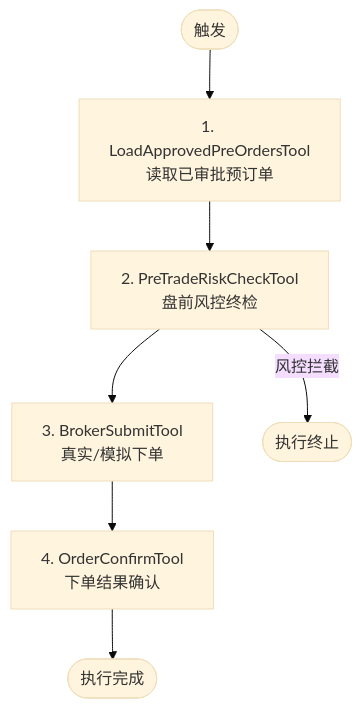
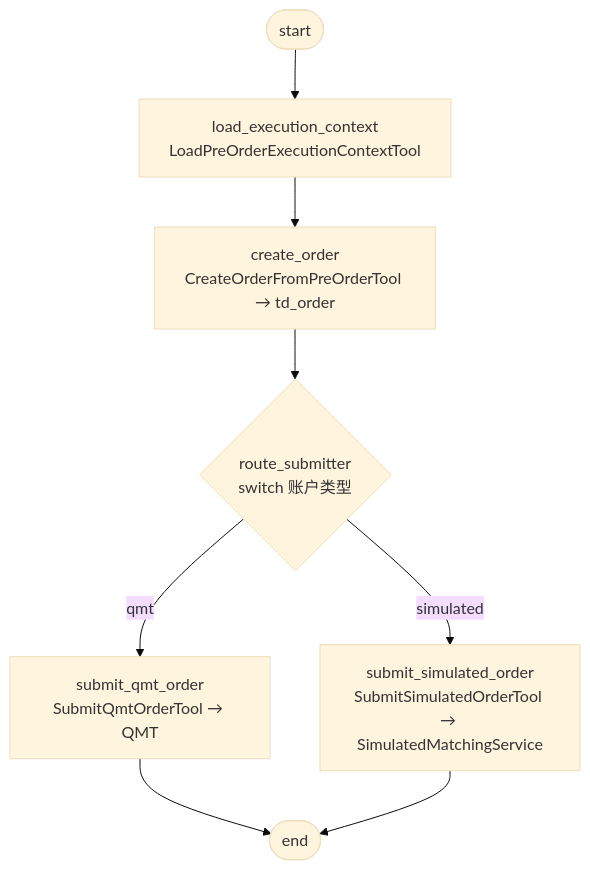
Before and after one commit to bitiany/xq-trader: the third of 8 diagrams in docs/trading-system-design.md, drawn with Mermaid (base theme). The commit also changed other lines of this file and 8 other files, not shown here.

````diff
--- a/docs/trading-system-design.md
+++ b/docs/trading-system-design.md
@@ -125,12 +114,10 @@
 ```mermaid
 flowchart TD
-    Start([触发]) --> S1
-    S1[1. LoadApprovedPreOrdersTool<br/>读取已审批预订单]
-    S2[2. PreTradeRiskCheckTool<br/>盘前风控终检]
-    S3[3. BrokerSubmitTool<br/>真实/模拟下单]
-    S4[4. OrderConfirmTool<br/>下单结果确认]
-    EndOK([执行完成])
-
-    S1 --> S2 --> S3 --> S4 --> EndOK
-    S2 -->|风控拦截| EndReject([执行终止])
+    Start([start]) --> S1[load_execution_context<br/>LoadPreOrderExecutionContextTool]
+    S1 --> S2[create_order<br/>CreateOrderFromPreOrderTool → td_order]
+    S2 --> SW{route_submitter<br/>switch 账户类型}
+    SW -->|qmt| Q[submit_qmt_order<br/>SubmitQmtOrderTool → QMT]
+    SW -->|simulated| M[submit_simulated_order<br/>SubmitSimulatedOrderTool → SimulatedMatchingService]
+    Q --> End([end])
+    M --> End
 ```
````
